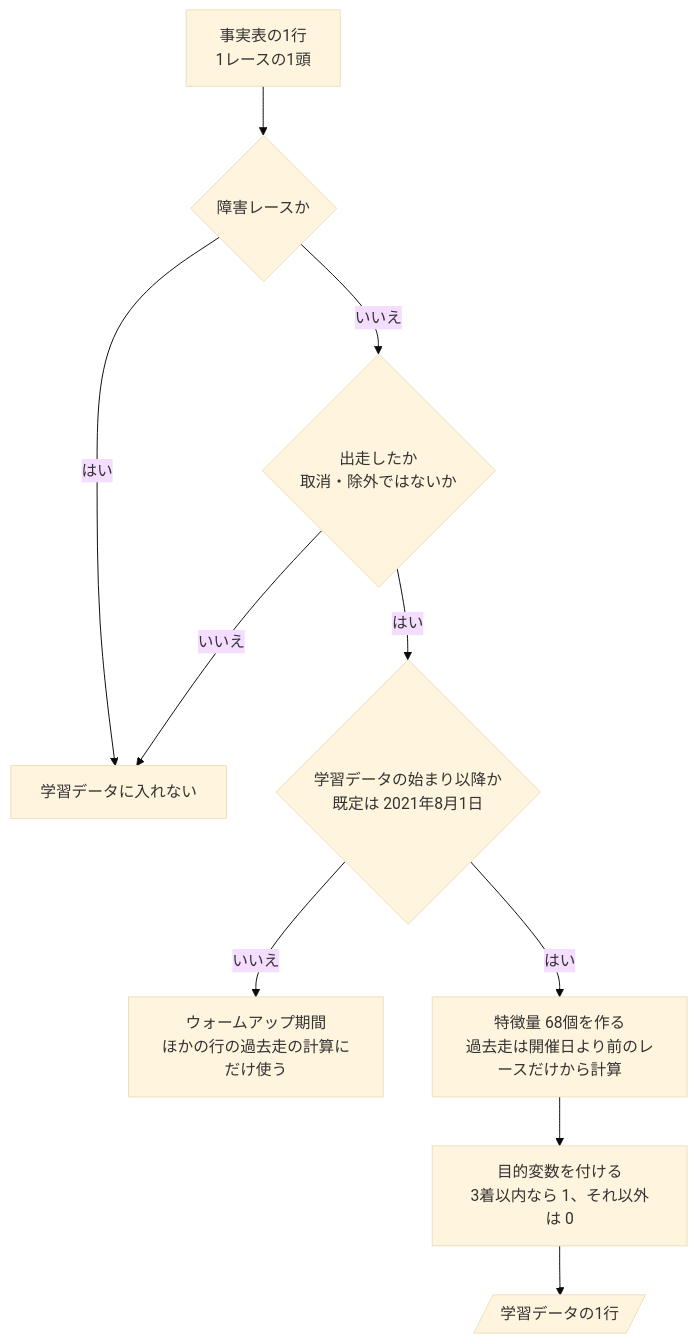
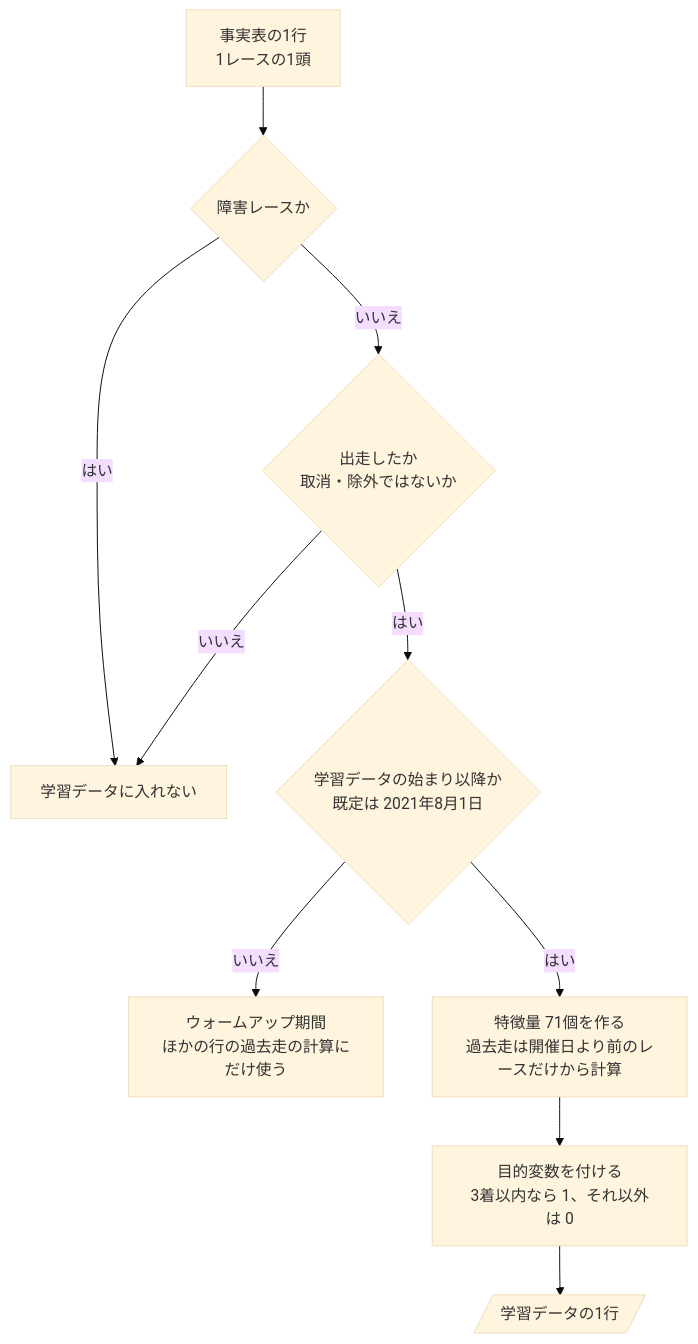
Before and after one commit to ht-0328/keiba-yosou: the diagram in docs/design/近走と適性から3着以内を予想/06-flowchart.md, drawn with Mermaid (base theme). The commit also changed 124 other files, not shown here.

````diff
--- a/docs/design/近走と適性から3着以内を予想/06-flowchart.md
+++ b/docs/design/近走と適性から3着以内を予想/06-flowchart.md
@@ -26,12 +26,12 @@
 ```mermaid
 flowchart TD
     S["事実表の1行<br>1レースの1頭"] --> Q1{"障害レースか"}
     Q1 -->|はい| X["学習データに入れない"]
     Q1 -->|いいえ| Q2{"出走したか<br>取消・除外ではないか"}
     Q2 -->|いいえ| X
     Q2 -->|はい| Q3{"学習データの始まり以降か<br>既定は 2021年8月1日"}
     Q3 -->|いいえ| W["ウォームアップ期間<br>ほかの行の過去走の計算にだけ使う"]
-    Q3 -->|はい| F["特徴量 68個を作る<br>過去走は開催日より前のレースだけから計算"]
+    Q3 -->|はい| F["特徴量 71個を作る<br>過去走は開催日より前のレースだけから計算"]
     F --> T["目的変数を付ける<br>3着以内なら 1、それ以外は 0"]
     T --> R[/"学習データの1行"/]
 ```
````
